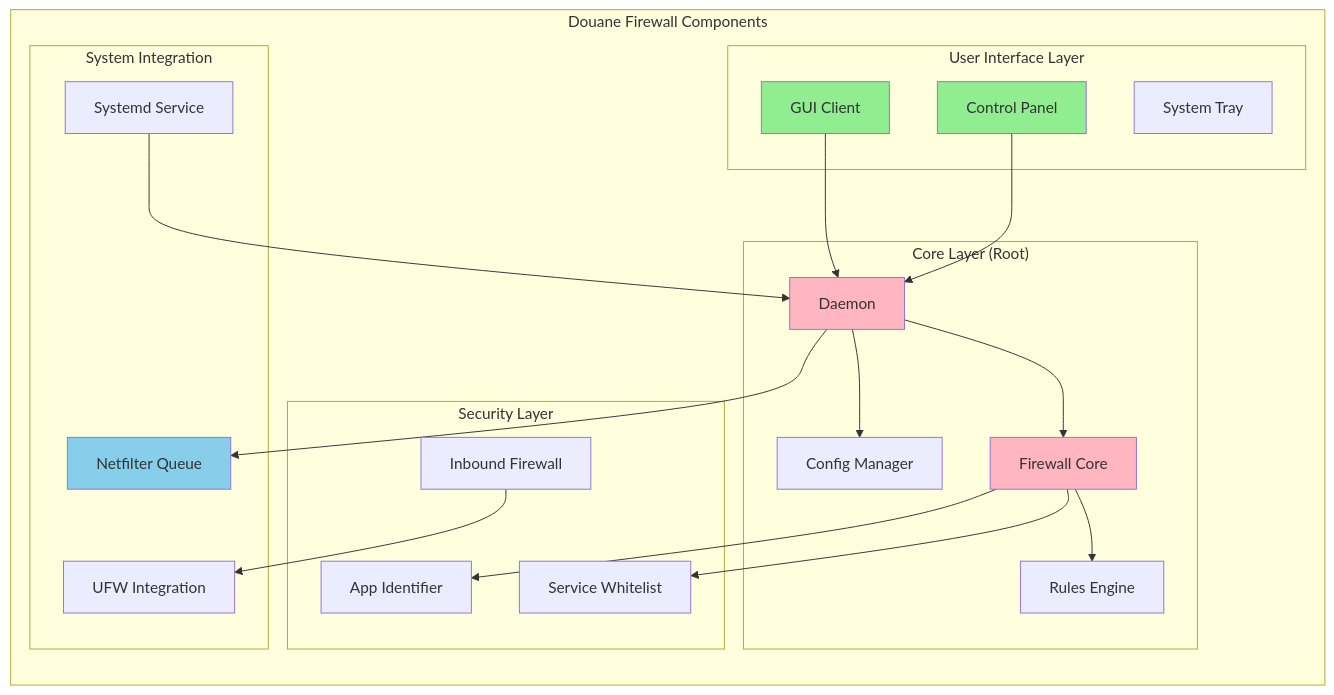
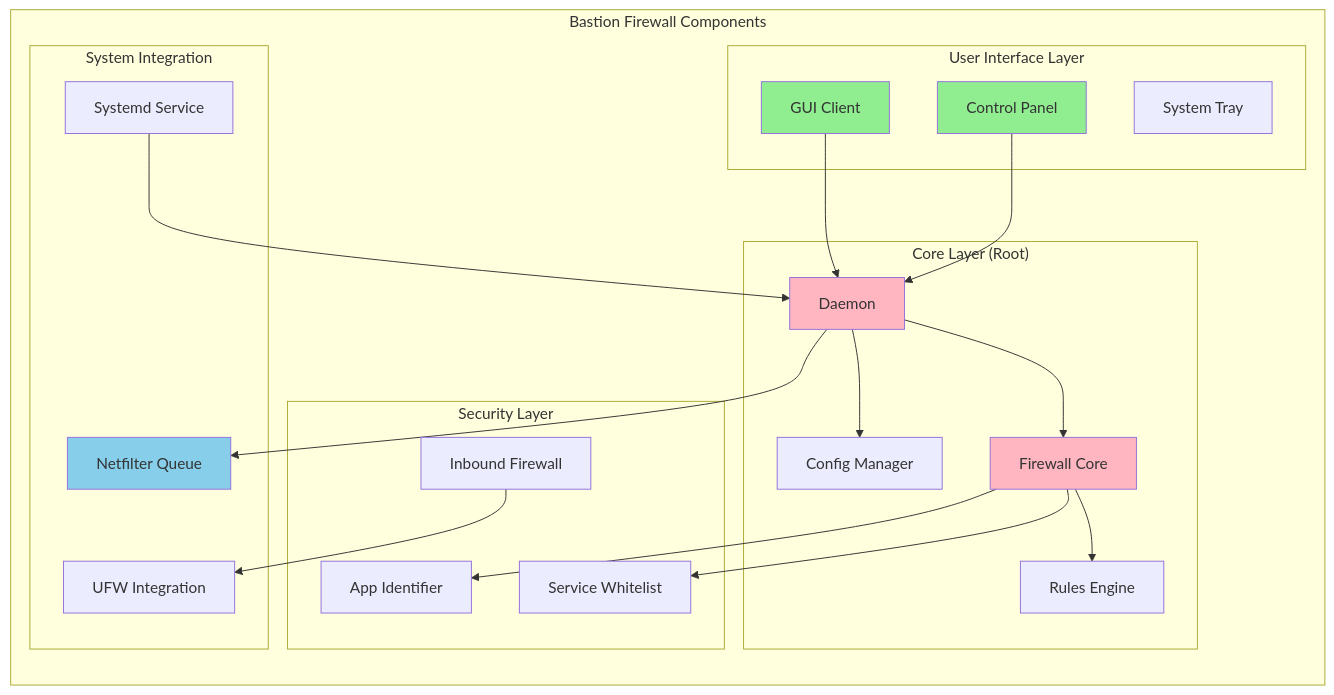
Before and after one commit to shipdocs/bastion-firewall: the second of 12 diagrams in ARCHITECTURE.md, drawn with Mermaid. The commit also changed other lines of this file and 43 other files, not shown here.

First line of the commit message:
rebrand: Complete rebranding from Douane to Bastion Firewall

````diff
--- a/ARCHITECTURE.md
+++ b/ARCHITECTURE.md
@@ -57,48 +57,48 @@
 ```mermaid
 graph LR
-    subgraph "Douane Firewall Components"
+    subgraph "Bastion Firewall Components"
         direction TB
 
         subgraph "User Interface Layer"
             GUI[GUI Client]
             CP[Control Panel]
             TRAY[System Tray]
         end
 
         subgraph "Core Layer (Root)"
             DAEMON[Daemon]
             CORE[Firewall Core]
             RULES[Rules Engine]
             CONFIG[Config Manager]
         end
 
         subgraph "Security Layer"
             WHITELIST[Service Whitelist]
             APPID[App Identifier]
             INBOUND[Inbound Firewall]
         end
 
         subgraph "System Integration"
             NETFILTER[Netfilter Queue]
             UFW[UFW Integration]
             SYSTEMD[Systemd Service]
         end
     end
 
     GUI --> DAEMON
     CP --> DAEMON
     DAEMON --> CORE
     CORE --> RULES
     CORE --> WHITELIST
     CORE --> APPID
     DAEMON --> CONFIG
     DAEMON --> NETFILTER
     INBOUND --> UFW
     SYSTEMD --> DAEMON
 
     style GUI fill:#90EE90
     style CP fill:#90EE90
     style DAEMON fill:#FFB6C1
     style CORE fill:#FFB6C1
     style NETFILTER fill:#87CEEB
 ```
````
